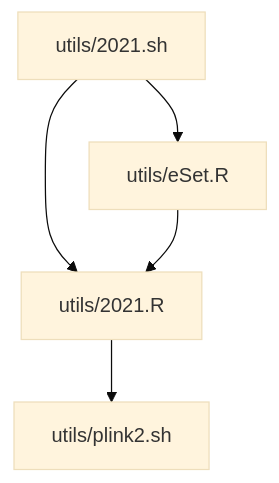
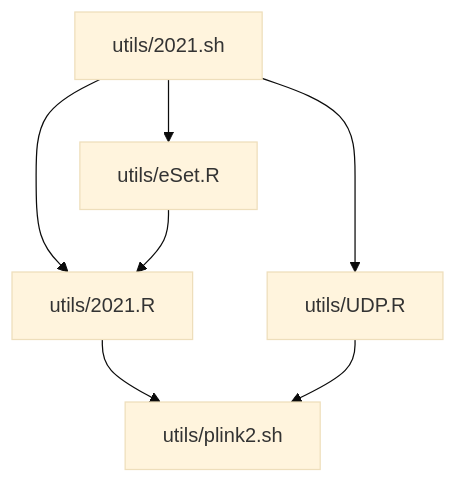
The second of 2 diagrams in docs/README.md (jinghuazhao/Caprion), drawn with Mermaid (base theme) before and after one commit. The commit also changed other lines of this file and 3 other files, not shown here.

````diff
--- a/docs/README.md
+++ b/docs/README.md
@@ -50,8 +51,10 @@
 ```mermaid
 graph TB
 utils/2021.sh
 utils/2021.sh --> utils/eSet.R
 utils/2021.sh --> utils/2021.R
 utils/2021.R --> utils/plink2.sh
 utils/eSet.R --> utils/2021.R
+utils/2021.sh --> utils/UDP.R
+utils/UDP.R --> utils/plink2.sh
 ```
````
